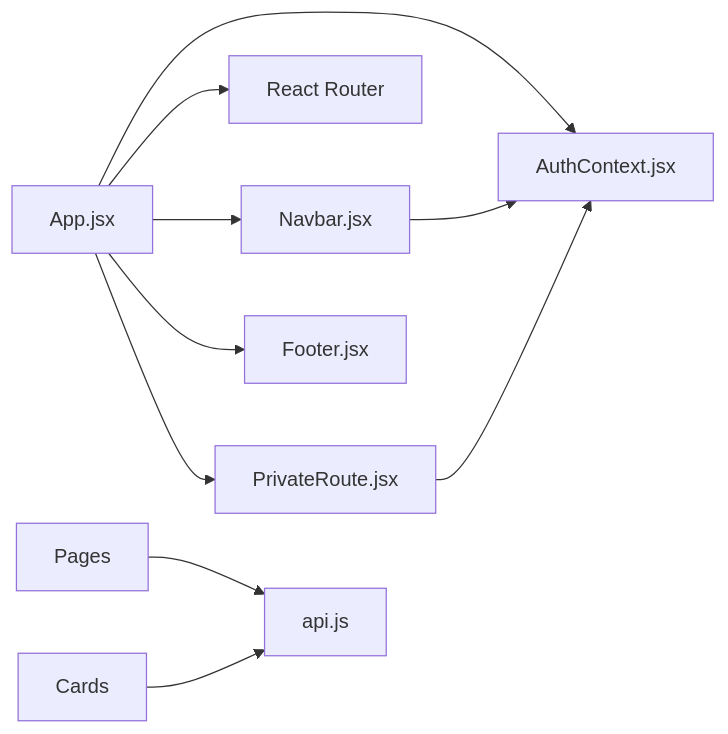
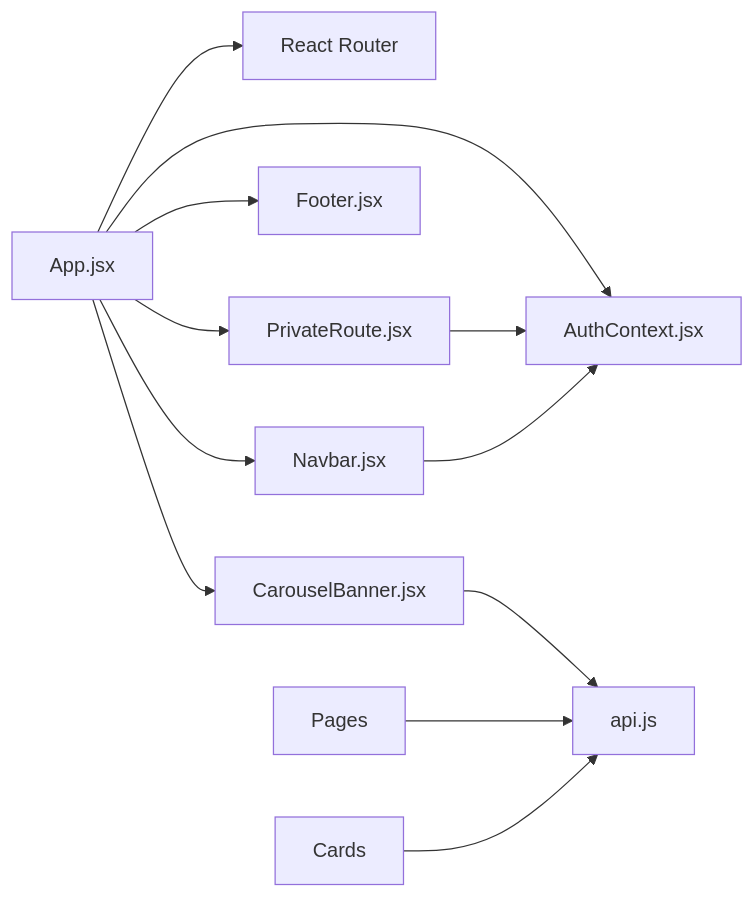
The eighth of 8 diagrams in .qoder/repowiki/en/content/Frontend Application/Frontend Application.md (Alexandrexicara/craque-vision), drawn with Mermaid before and after one commit. The commit also changed other lines of this file and 5 other files, not shown here.

````diff
--- a/.qoder/repowiki/en/content/Frontend Application/Frontend Application.md
+++ b/.qoder/repowiki/en/content/Frontend Application/Frontend Application.md
@@ -368,12 +477,14 @@
 ```mermaid
 graph LR
 App["App.jsx"] --> Auth["AuthContext.jsx"]
 App --> Router["React Router"]
 App --> Nav["Navbar.jsx"]
 App --> Foot["Footer.jsx"]
+App --> CBanner["CarouselBanner.jsx"]
 App --> PR["PrivateRoute.jsx"]
 PR --> Auth
 Nav --> Auth
-Pages["Pages"] --> API["api.js"]
+CBanner --> API["api.js"]
+Pages["Pages"] --> API
 Cards["Cards"] --> API
 ```
````
